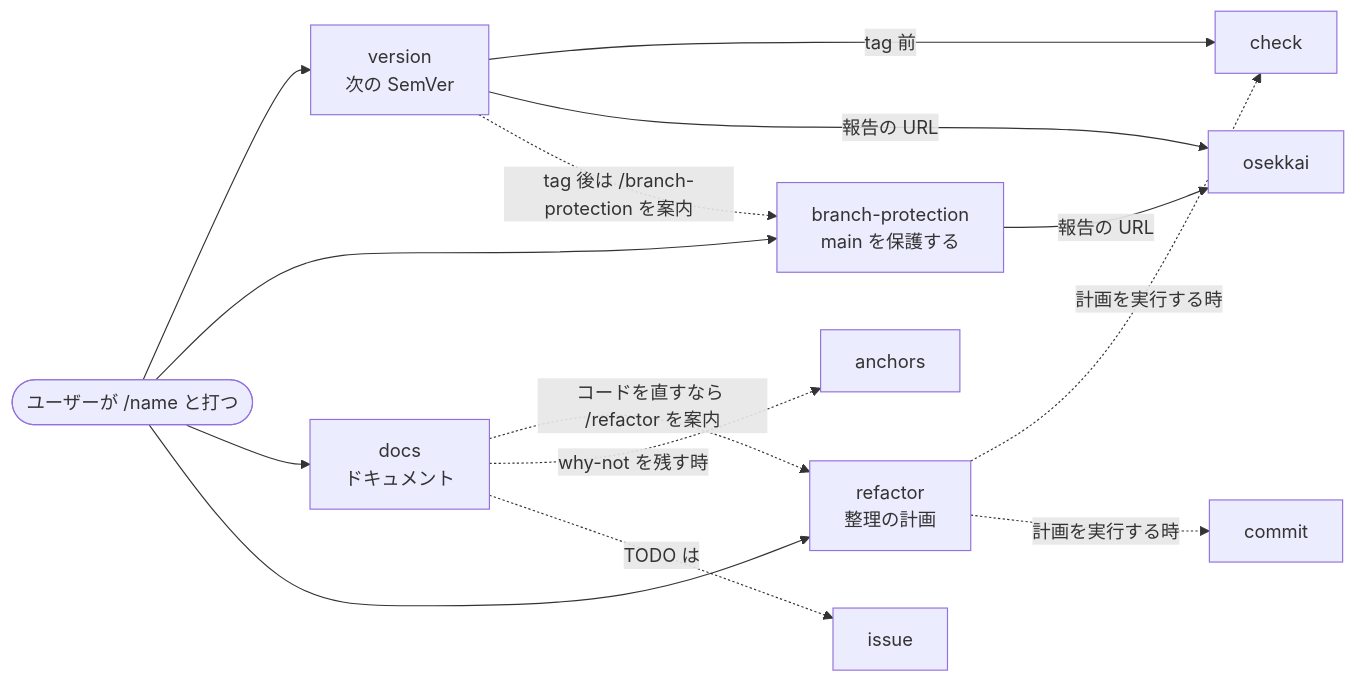
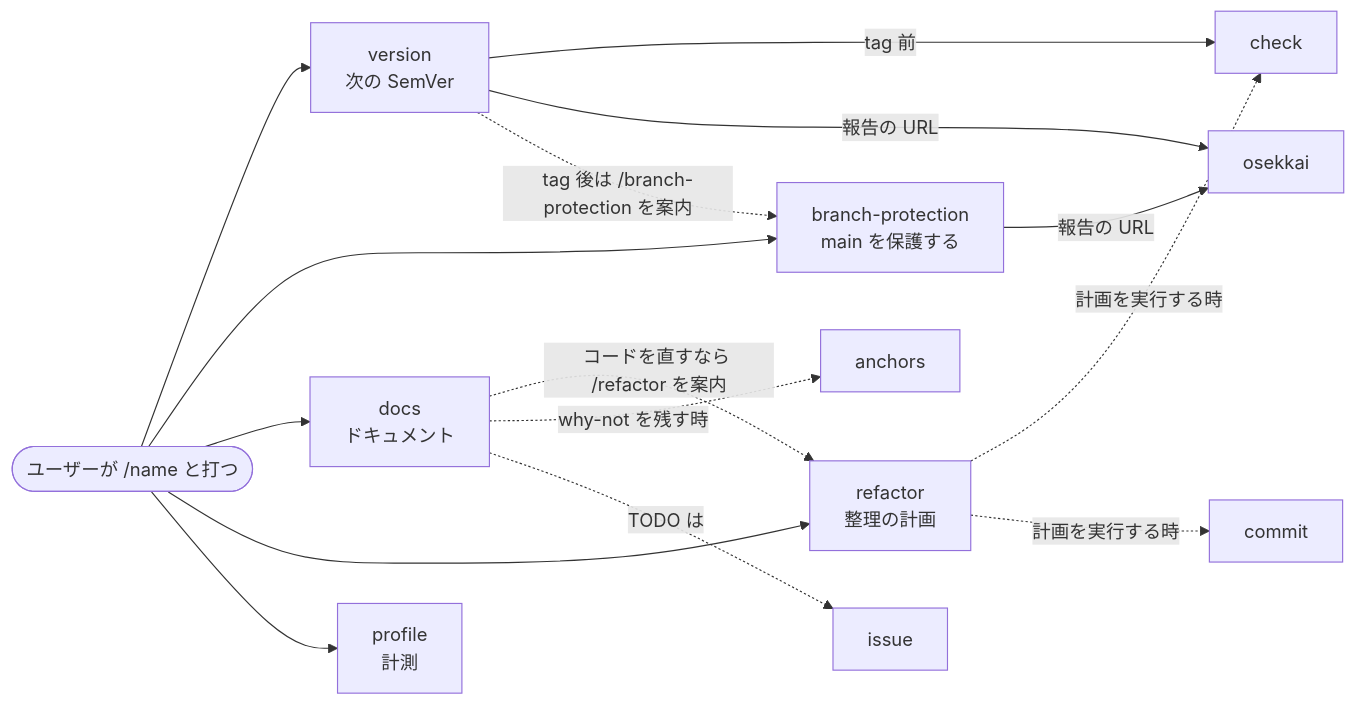
The second of 4 diagrams in configs/agents/README.md (Xantibody/dotfiles), drawn with Mermaid before and after one commit. The commit also changed other lines of this file and 3 other files, not shown here.

````diff
--- a/configs/agents/README.md
+++ b/configs/agents/README.md
@@ -62,24 +62,25 @@
 ```mermaid
 flowchart LR
   user(["ユーザーが /name と打つ"])
   version["version<br/>次の SemVer"]
   bp["branch-protection<br/>main を保護する"]
   docs["docs<br/>ドキュメント"]
   refactor["refactor<br/>整理の計画"]
+  profile["profile<br/>計測"]
   check["check"]
   commit["commit"]
   osekkai["osekkai"]
   anchors["anchors"]
   issue["issue"]
 
-  user --> version & bp & docs & refactor
+  user --> version & bp & docs & refactor & profile
   version -->|"tag 前"| check
   version -->|"報告の URL"| osekkai
   version -.->|"tag 後は /branch-protection を案内"| bp
   bp -->|"報告の URL"| osekkai
   docs -.->|"コードを直すなら /refactor を案内"| refactor
   docs -.->|"why-not を残す時"| anchors
   docs -.->|"TODO は"| issue
   refactor -.->|"計画を実行する時"| check
   refactor -.->|"計画を実行する時"| commit
 ```
````
